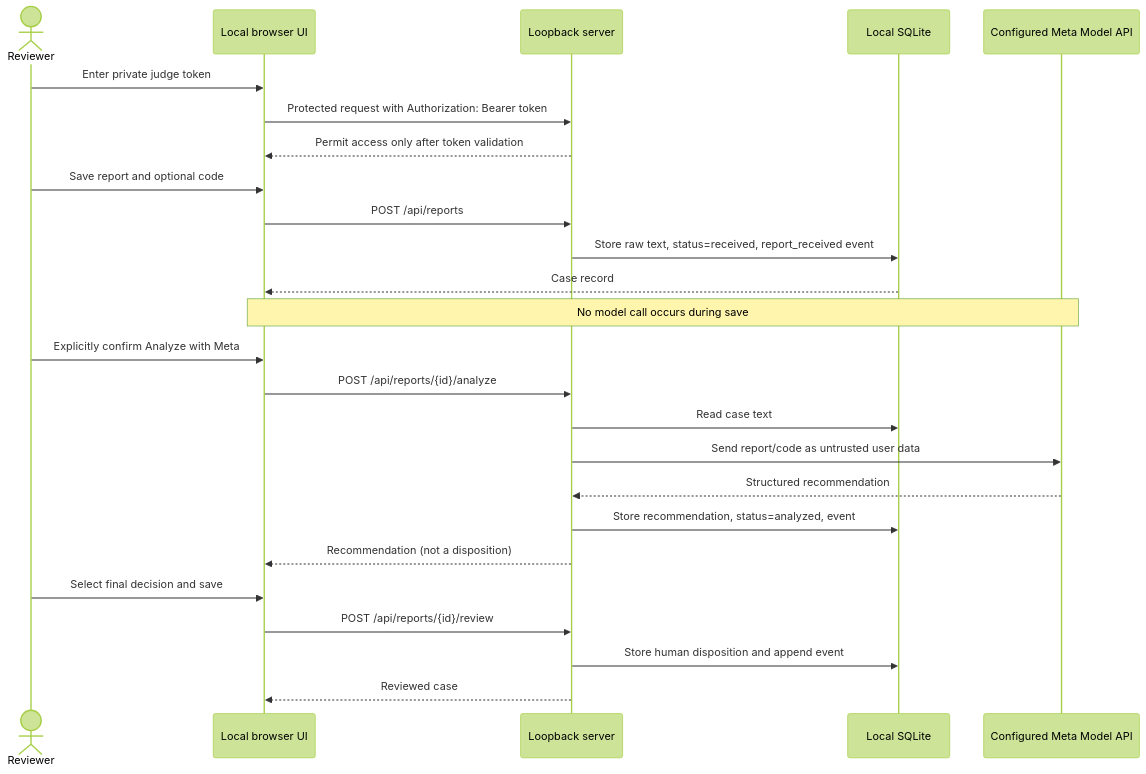
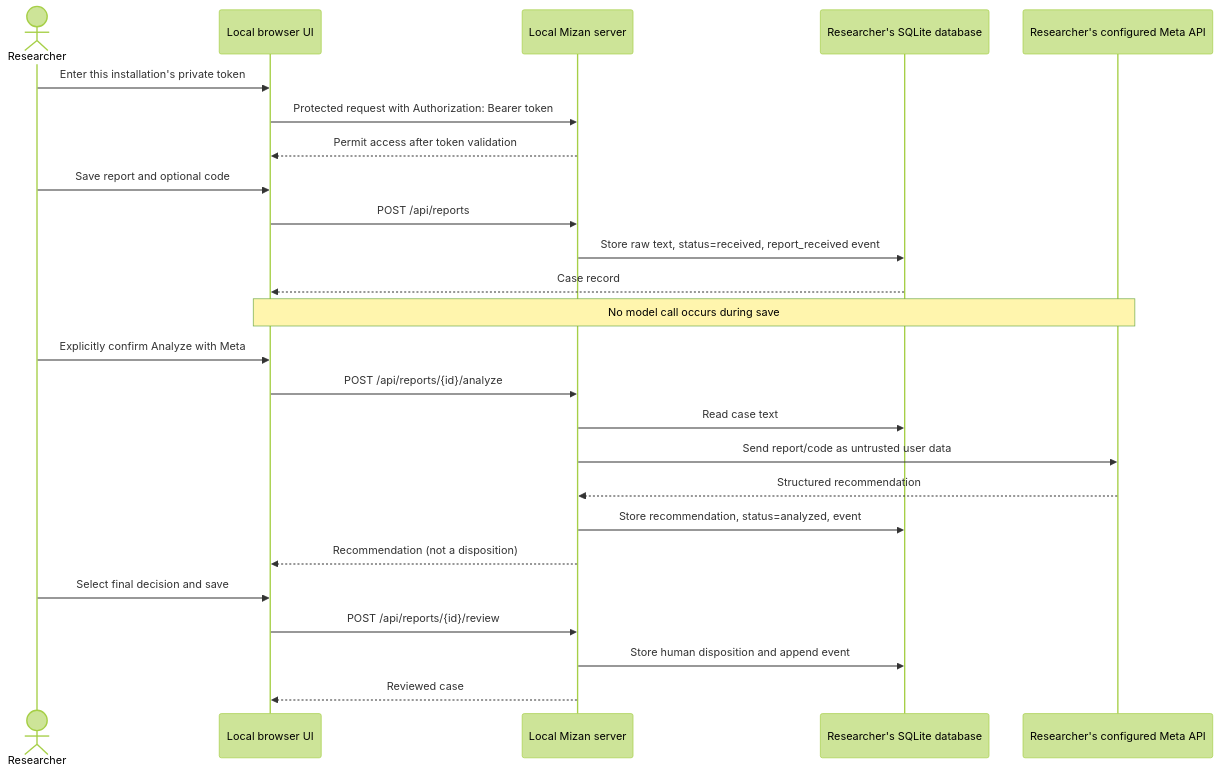
One commit to aimenhamzi01-dot/mizan changed the first of 2 diagrams in docs/ARCHITECTURE.md. Above: the diagram before and after it, drawn with Mermaid (forest theme). The commit also changed other lines of this file and 17 other files, not shown here.

````diff
--- a/docs/ARCHITECTURE.md
+++ b/docs/ARCHITECTURE.md
@@ -17,28 +19,28 @@
 ```mermaid
 sequenceDiagram
-    actor Reviewer
+    actor Researcher
     participant UI as Local browser UI
-    participant API as Loopback server
-    participant DB as Local SQLite
-    participant Model as Configured Meta Model API
+    participant API as Local Mizan server
+    participant DB as Researcher's SQLite database
+    participant Model as Researcher's configured Meta API
 
-    Reviewer->>UI: Enter private judge token
+    Researcher->>UI: Enter this installation's private token
     UI->>API: Protected request with Authorization: Bearer token
-    API-->>UI: Permit access only after token validation
-    Reviewer->>UI: Save report and optional code
+    API-->>UI: Permit access after token validation
+    Researcher->>UI: Save report and optional code
     UI->>API: POST /api/reports
     API->>DB: Store raw text, status=received, report_received event
     DB-->>UI: Case record
     Note over UI,Model: No model call occurs during save
-    Reviewer->>UI: Explicitly confirm Analyze with Meta
+    Researcher->>UI: Explicitly confirm Analyze with Meta
     UI->>API: POST /api/reports/{id}/analyze
     API->>DB: Read case text
     API->>Model: Send report/code as untrusted user data
     Model-->>API: Structured recommendation
     API->>DB: Store recommendation, status=analyzed, event
     API-->>UI: Recommendation (not a disposition)
-    Reviewer->>UI: Select final decision and save
+    Researcher->>UI: Select final decision and save
     UI->>API: POST /api/reports/{id}/review
     API->>DB: Store human disposition and append event
     API-->>UI: Reviewed case
 ```
````
